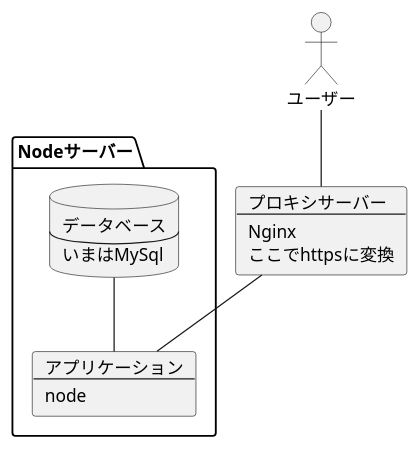
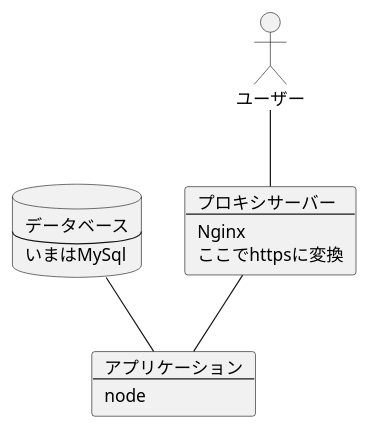
Before and after one commit to TOnodera/chatterman: the diagram in documents/plantUML/インフラ構成/docker-compose.wsd, drawn with PlantUML. The commit also changed 1 other file, not shown here.

```diff
--- a/documents/plantUML/インフラ構成/docker-compose.wsd
+++ b/documents/plantUML/インフラ構成/docker-compose.wsd
@@ -1,33 +1,28 @@
 @startuml
-package Nodeサーバー{
-    
 
-    database db [
-        データベース
-        --
-        いまはMySql
-    ]
+card app [
+    アプリケーション
+    --
+    node
+]
 
-    card app[
-        アプリケーション
-        --
-        node
-    ]
-
-    db -- app
-}
+database db [
+    データベース
+    --
+    いまはMySql
+]
 
 card Nginx [
     プロキシサーバー
     --
     Nginx
     ここでhttpsに変換
 ]
 
 actor ユーザー as user
 
 Nginx -- app
 user -- Nginx
-
+db -- app
 
 @enduml
```
